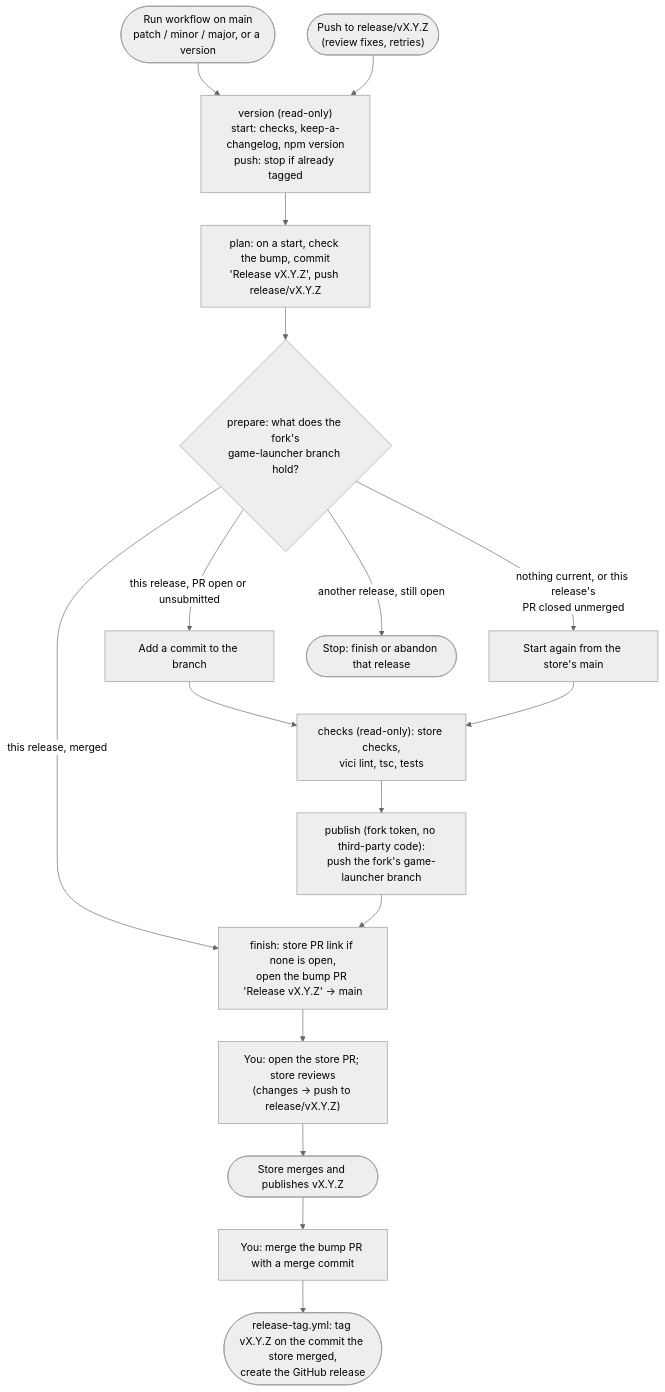
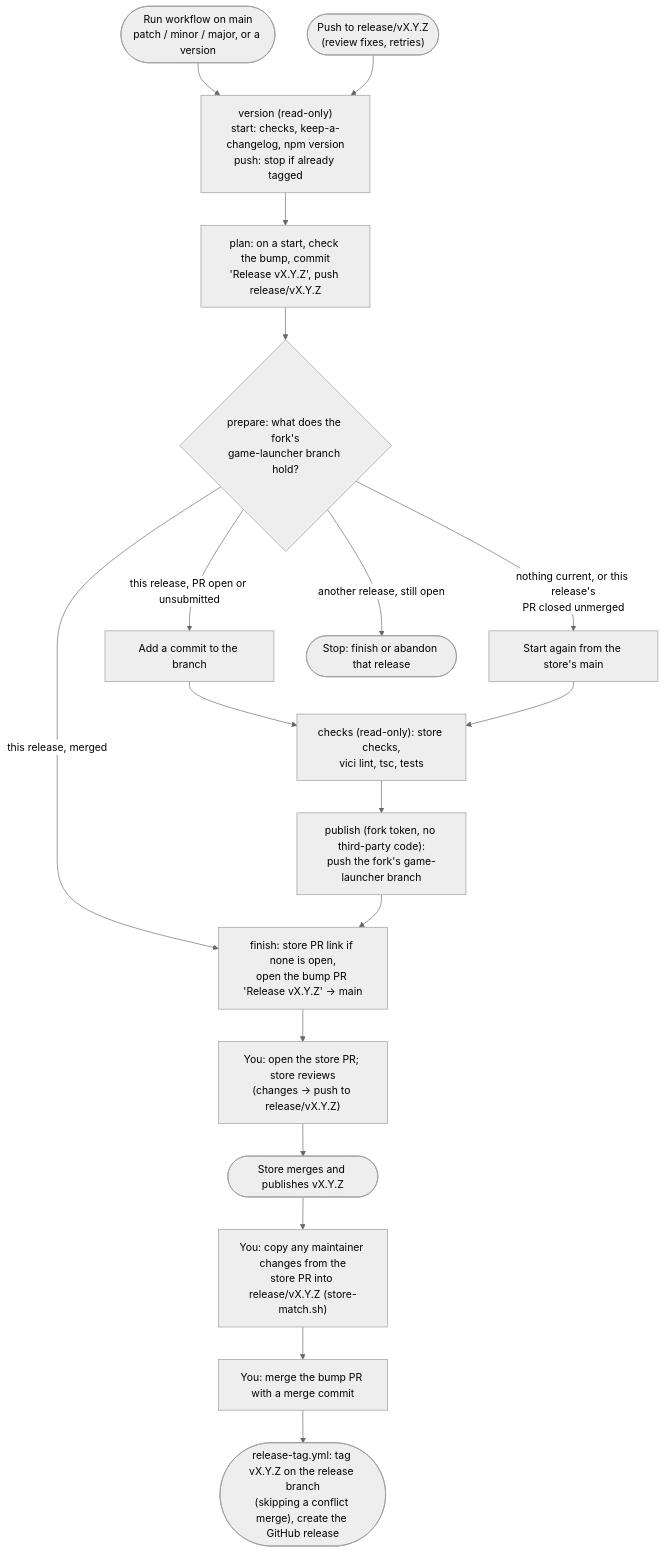
The diagram in docs/development.md (DavidSeptimus/game-launcher-vicinae-extension), drawn with Mermaid (neutral theme) before and after one commit. The commit also changed other lines of this file and 4 other files, not shown here.

First line of the commit message:
Tag releases on the release branch, with maintainer changes copied in

````diff
--- a/docs/development.md
+++ b/docs/development.md
@@ -178,23 +201,24 @@
 ```mermaid
 flowchart TD
     start(["Run workflow on main<br/>patch / minor / major, or a version"]) --> version
     push(["Push to release/vX.Y.Z<br/>(review fixes, retries)"]) --> version
 
     version["version (read-only)<br/>start: checks, keep-a-changelog, npm version<br/>push: stop if already tagged"] --> plan["plan: on a start, check the bump, commit<br/>'Release vX.Y.Z', push release/vX.Y.Z"]
     plan --> prepare{"prepare: what does the fork's<br/>game-launcher branch hold?"}
 
     prepare -- "this release, PR open or unsubmitted" --> addto["Add a commit to the branch"]
     prepare -- "nothing current, or this release's<br/>PR closed unmerged" --> fresh["Start again from the store's main"]
     prepare -- "this release, merged" --> finish
     prepare -- "another release, still open" --> stop(["Stop: finish or abandon that release"])
 
     addto --> checks["checks (read-only): store checks,<br/>vici lint, tsc, tests"]
     fresh --> checks
     checks --> publish["publish (fork token, no third-party code):<br/>push the fork's game-launcher branch"]
     publish --> finish["finish: store PR link if none is open,<br/>open the bump PR 'Release vX.Y.Z' → main"]
 
     finish --> review["You: open the store PR; store reviews<br/>(changes → push to release/vX.Y.Z)"]
     review --> merged(["Store merges and publishes vX.Y.Z"])
-    merged --> mergebump["You: merge the bump PR with a merge commit"]
-    mergebump --> tag(["release-tag.yml: tag vX.Y.Z on the commit the store merged,<br/>create the GitHub release"])
+    merged --> copy["You: copy any maintainer changes from the<br/>store PR into release/vX.Y.Z (store-match.sh)"]
+    copy --> mergebump["You: merge the bump PR with a merge commit"]
+    mergebump --> tag(["release-tag.yml: tag vX.Y.Z on the release branch<br/>(skipping a conflict merge), create the GitHub release"])
 ```
````
